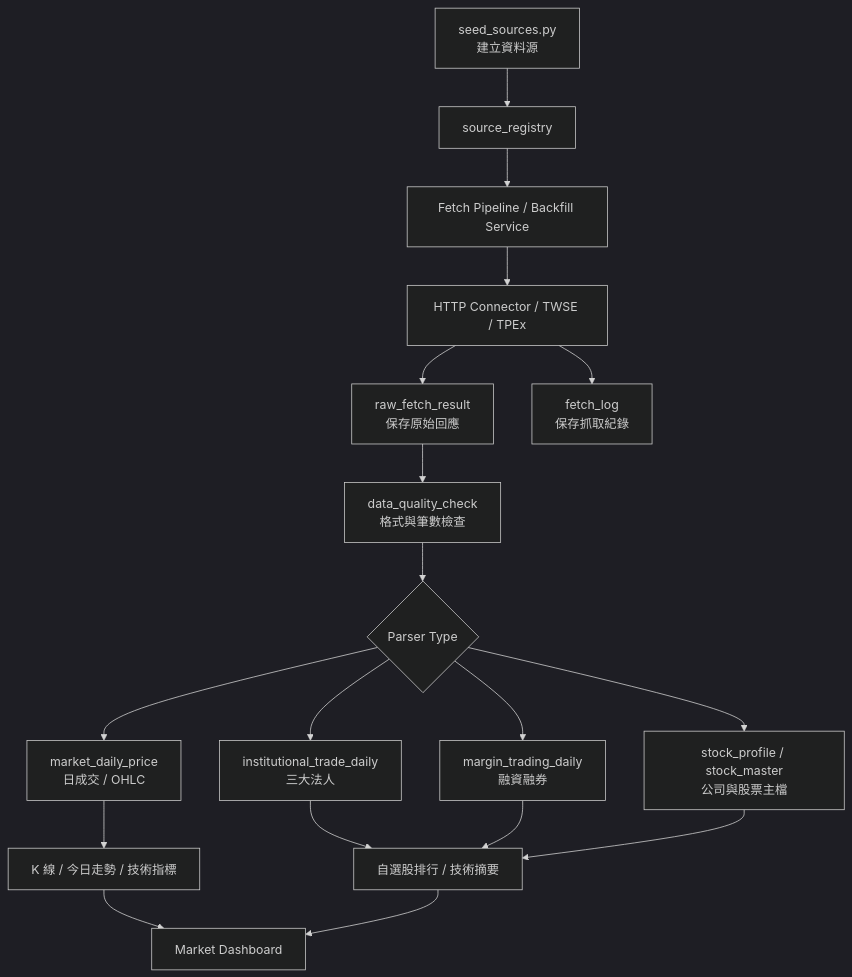
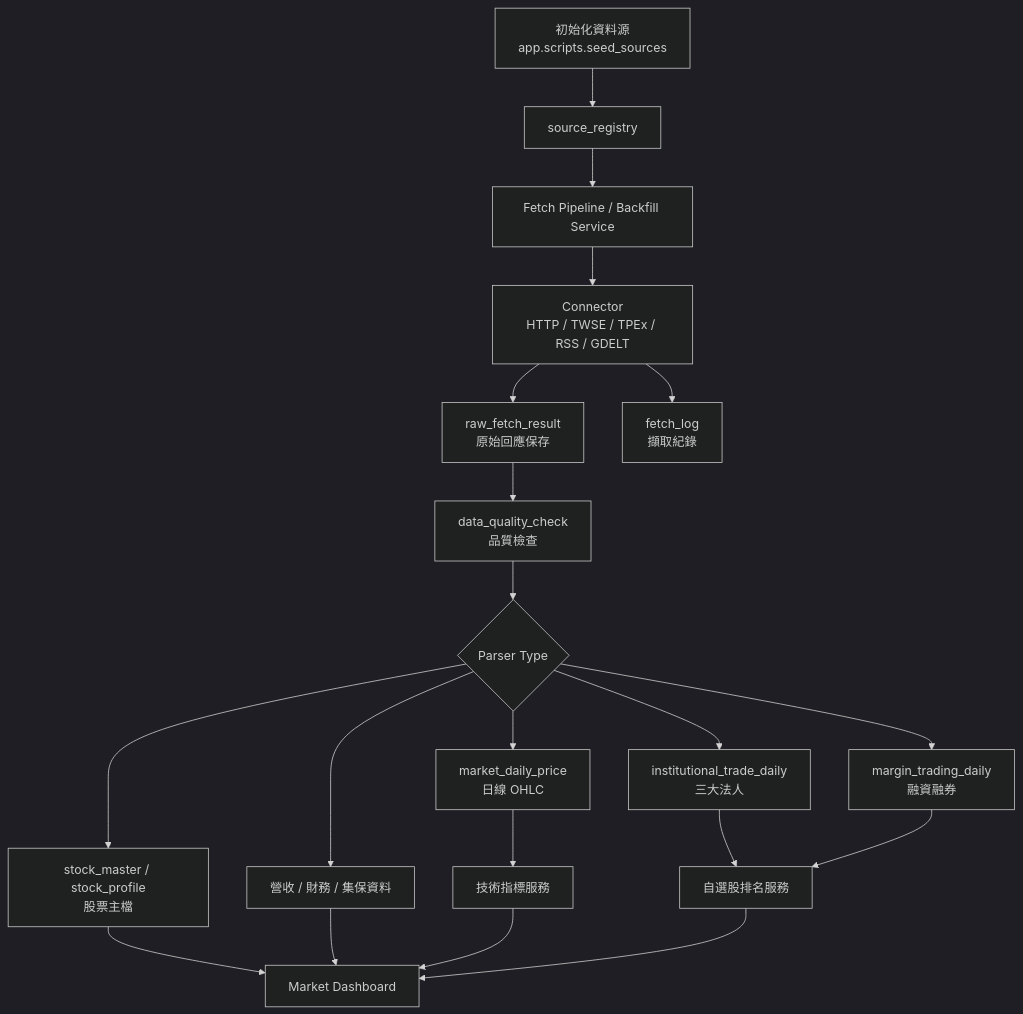
The second of 4 diagrams in README.md (lulu930128/open-market-intelligence), drawn with Mermaid (dark theme) before and after one commit. The commit also changed other lines of this file and 5 other files, not shown here.

Commit message:
Update market dashboard docs and intraday volume data

````diff
--- a/README.md
+++ b/README.md
@@ -60,22 +54,24 @@
 ```mermaid
 flowchart TD
-    seed["seed_sources.py<br/>建立資料源"] --> source["source_registry"]
+    seed["初始化資料源<br/>app.scripts.seed_sources"] --> source["source_registry"]
     source --> fetch["Fetch Pipeline / Backfill Service"]
-    fetch --> connector["HTTP Connector / TWSE / TPEx"]
-    connector --> raw["raw_fetch_result<br/>保存原始回應"]
-    connector --> log["fetch_log<br/>保存抓取紀錄"]
-    raw --> quality["data_quality_check<br/>格式與筆數檢查"]
+    fetch --> connector["Connector<br/>HTTP / TWSE / TPEx / RSS / GDELT"]
+    connector --> raw["raw_fetch_result<br/>原始回應保存"]
+    connector --> log["fetch_log<br/>擷取紀錄"]
+    raw --> quality["data_quality_check<br/>品質檢查"]
     quality --> parser{"Parser Type"}
 
-    parser --> daily["market_daily_price<br/>日成交 / OHLC"]
-    parser --> inst["institutional_trade_daily<br/>三大法人"]
+    parser --> daily["market_daily_price<br/>日線 OHLC"]
+    parser --> institutional["institutional_trade_daily<br/>三大法人"]
     parser --> margin["margin_trading_daily<br/>融資融券"]
-    parser --> profile["stock_profile / stock_master<br/>公司與股票主檔"]
+    parser --> profile["stock_master / stock_profile<br/>股票主檔"]
+    parser --> metrics["營收 / 財務 / 集保資料"]
 
-    daily --> chart["K 線 / 今日走勢 / 技術指標"]
-    inst --> ranking["自選股排行 / 技術摘要"]
+    daily --> indicator["技術指標服務"]
+    institutional --> ranking["自選股排名服務"]
     margin --> ranking
-    profile --> ranking
-    chart --> dashboard["Market Dashboard"]
+    profile --> dashboard["Market Dashboard"]
+    metrics --> dashboard
+    indicator --> dashboard
     ranking --> dashboard
 ```
````
